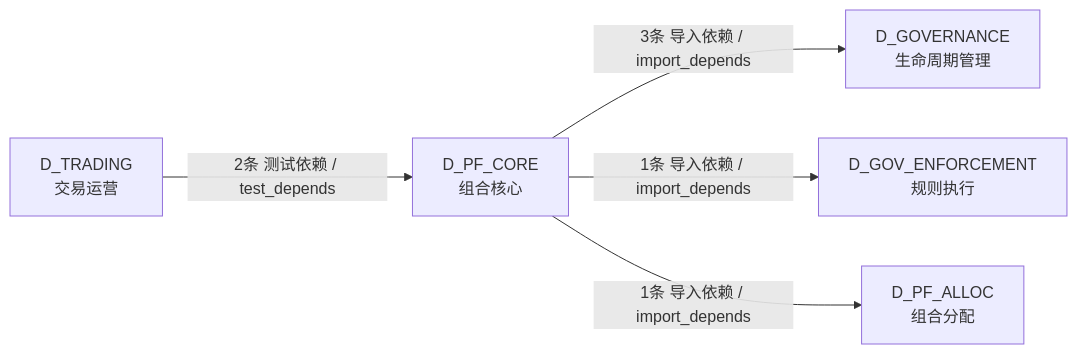
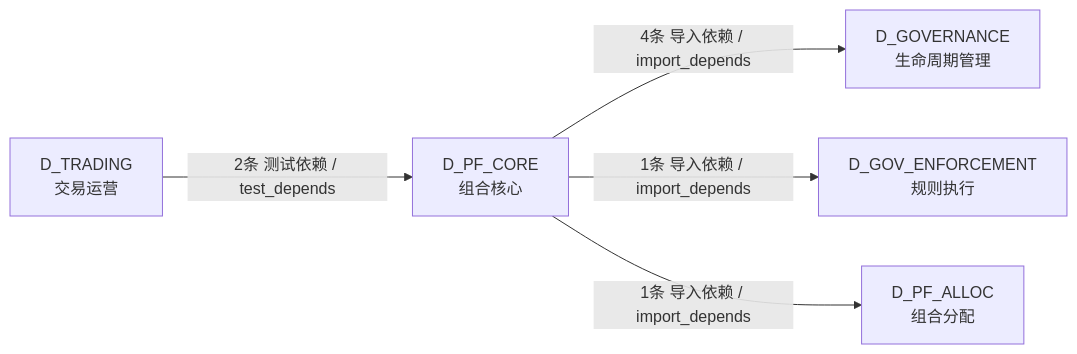
The fourth of 4 diagrams in docs/02_enterprise_architecture/02_domain_architecture_docs/52_d_pf_core.md (xuanFelixVan/ZephyrAlpha), drawn with Mermaid before and after one commit. The commit also changed other lines of this file and 126 other files, not shown here.

````diff
--- a/docs/02_enterprise_architecture/02_domain_architecture_docs/52_d_pf_core.md
+++ b/docs/02_enterprise_architecture/02_domain_architecture_docs/52_d_pf_core.md
@@ -202,12 +206,12 @@
 ```mermaid
 graph LR
     D_PF_CORE["D_PF_CORE<br/>组合核心"]
     D_GOVERNANCE["D_GOVERNANCE<br/>生命周期管理"]
     D_GOV_ENFORCEMENT["D_GOV_ENFORCEMENT<br/>规则执行"]
     D_PF_ALLOC["D_PF_ALLOC<br/>组合分配"]
     D_TRADING["D_TRADING<br/>交易运营"]
-    D_PF_CORE -->|3条 导入依赖 / import_depends| D_GOVERNANCE
+    D_PF_CORE -->|4条 导入依赖 / import_depends| D_GOVERNANCE
     D_PF_CORE -->|1条 导入依赖 / import_depends| D_GOV_ENFORCEMENT
     D_PF_CORE -->|1条 导入依赖 / import_depends| D_PF_ALLOC
     D_TRADING -->|2条 测试依赖 / test_depends| D_PF_CORE
 ```
````
